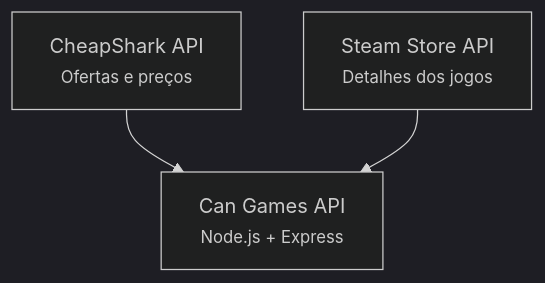
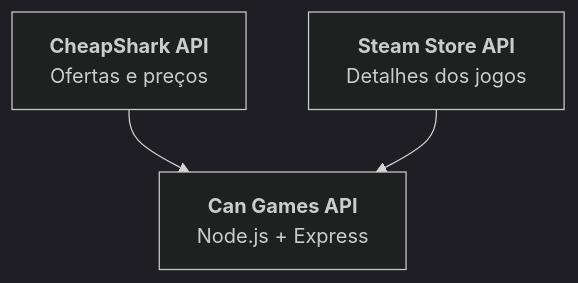
The diagram in README.md (Ana72Lu/can-api), drawn with Mermaid (dark theme) before and after one commit.

````diff
--- a/README.md
+++ b/README.md
@@ -63,5 +63,5 @@
 ```mermaid
 graph TD
-    CS["CheapShark API<br/><small>Ofertas e preços</small>"] --> API["Can Games API<br/><small>Node.js + Express</small>"]
-    SS["Steam Store API<br/><small>Detalhes dos jogos</small>"] --> API
+    CS["<b>CheapShark API</b><br/>Ofertas e preços"] --> API["<b>Can Games API</b><br/>Node.js + Express"]
+    SS["<b>Steam Store API</b><br/>Detalhes dos jogos"] --> API
 ```
````
